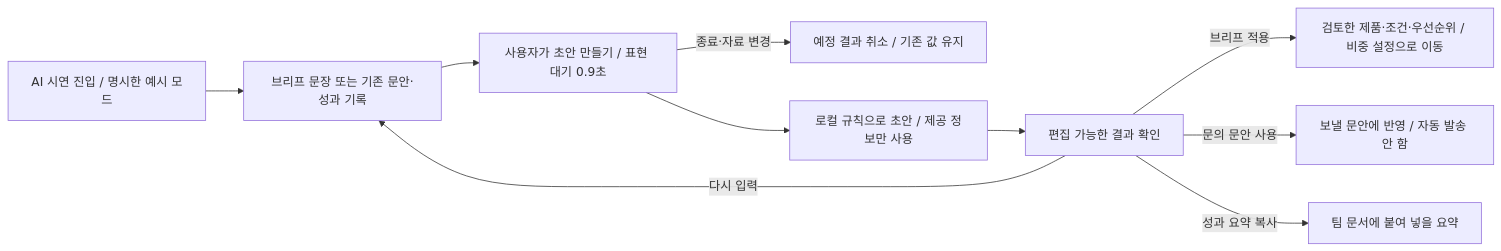
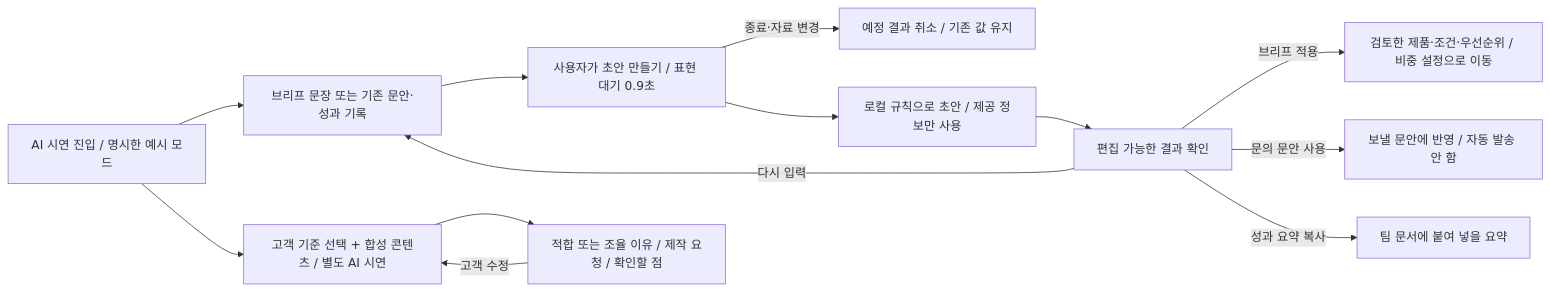
The third of 3 diagrams in flowchart.md (vk2commits/creator-match), drawn with Mermaid before and after one commit. The commit also changed other lines of this file and 6 other files, not shown here.

````diff
--- a/flowchart.md
+++ b/flowchart.md
@@ -121,12 +129,15 @@
 ```mermaid
 flowchart LR
     A["AI 시연 진입 / 명시한 예시 모드"] --> B["브리프 문장 또는 기존 문안·성과 기록"]
     B --> C["사용자가 초안 만들기 / 표현 대기 0.9초"]
     C -- 종료·자료 변경 --> X["예정 결과 취소 / 기존 값 유지"]
     C --> D["로컬 규칙으로 초안 / 제공 정보만 사용"]
     D --> E["편집 가능한 결과 확인"]
     E -- 다시 입력 --> B
     E -- 브리프 적용 --> F["검토한 제품·조건·우선순위 / 비중 설정으로 이동"]
     E -- 문의 문안 사용 --> G["보낼 문안에 반영 / 자동 발송 안 함"]
     E -- 성과 요약 복사 --> H["팀 문서에 붙여 넣을 요약"]
+    A --> P["고객 기준 선택 + 합성 콘텐츠 / 별도 AI 시연"]
+    P --> Q["적합 또는 조율 이유 / 제작 요청 / 확인할 점"]
+    Q -- 고객 수정 --> P
 ```
````
